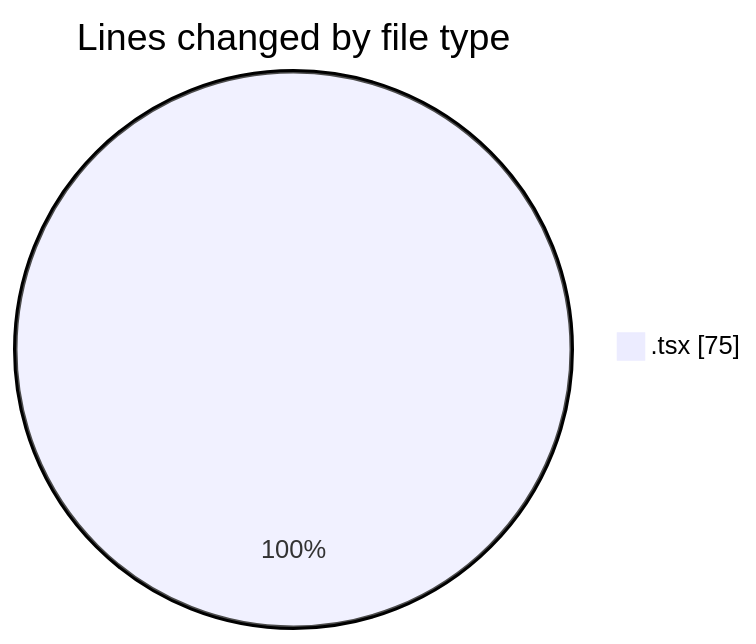
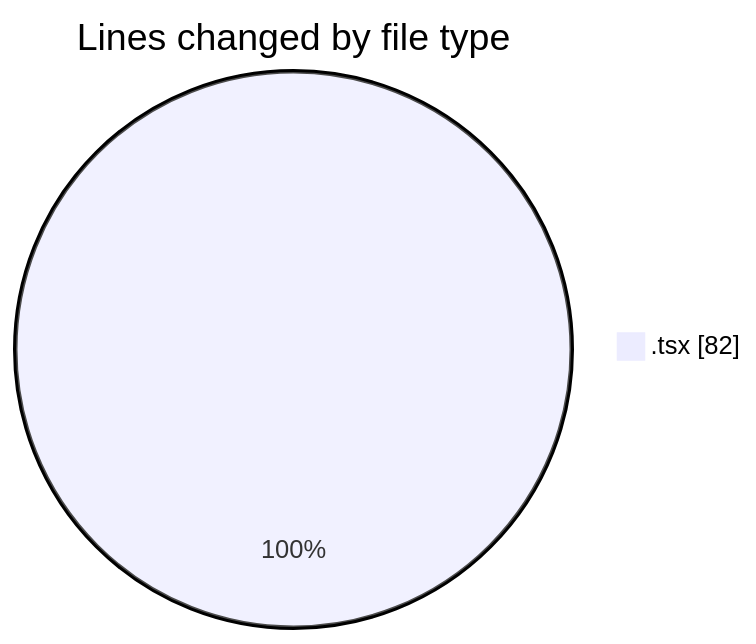
The first of 2 diagrams in 2025-02-05/mbc-web/README.md (robertbonfada/code-tracking), drawn with Mermaid before and after one commit. The commit also changed other lines of this file and 1 other file, not shown here.

````diff
--- a/2025-02-05/mbc-web/README.md
+++ b/2025-02-05/mbc-web/README.md
@@ -20,5 +20,5 @@
 ```mermaid
 pie showData
 title Lines changed by file type
-".tsx" : 75
+".tsx" : 82
 ```
````
